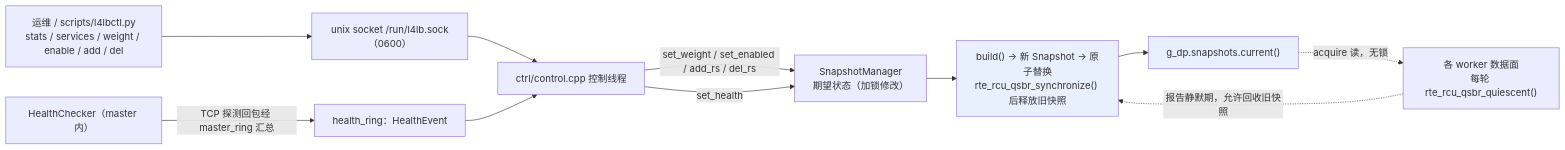
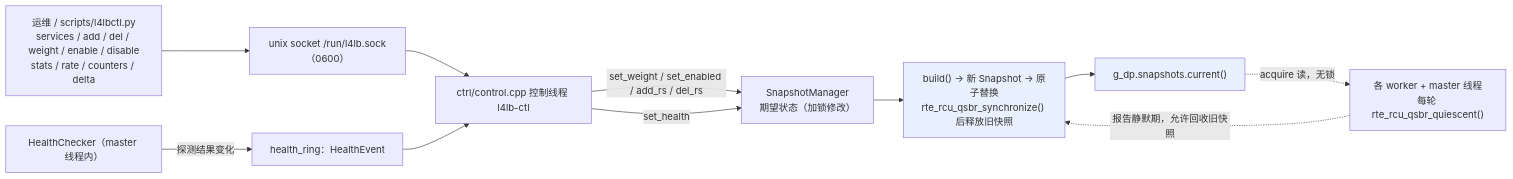
One commit to lymdgit/l4-loadbalancer changed the fourth of 6 diagrams in docs/架构图.md. Above: the diagram before and after it, drawn with Mermaid. The commit also changed other lines of this file and 6 other files, not shown here.

````diff
--- a/docs/架构图.md
+++ b/docs/架构图.md
@@ -185,25 +213,25 @@
 ```mermaid
 graph LR
-    USER["运维 / scripts/l4lbctl.py<br/>stats / services / weight / enable / add / del"]
+    USER["运维 / scripts/l4lbctl.py<br/>services / add / del / weight / enable / disable<br/>stats / rate / counters / delta"]
     SOCK["unix socket /run/l4lb.sock（0600）"]
-    CTLT["ctrl/control.cpp 控制线程"]
+    CTLT["ctrl/control.cpp 控制线程 l4lb-ctl"]
     MGR["SnapshotManager<br/>期望状态（加锁修改）"]
     PUB["build() → 新 Snapshot → 原子替换<br/>rte_rcu_qsbr_synchronize() 后释放旧快照"]
     CUR["g_dp.snapshots.current()"]
-    WKS["各 worker 数据面<br/>每轮 rte_rcu_qsbr_quiescent()"]
+    WKS["各 worker + master 线程<br/>每轮 rte_rcu_qsbr_quiescent()"]
 
     USER --> SOCK --> CTLT
     CTLT -->|"set_weight / set_enabled / add_rs / del_rs"| MGR
     MGR --> PUB --> CUR
     CUR -.->|"acquire 读，无锁"| WKS
     WKS -.->|报告静默期，允许回收旧快照| PUB
 
-    HCT["HealthChecker（master 内）"]
+    HCT["HealthChecker（master 线程内）"]
     HR["health_ring：HealthEvent"]
-    HCT -->|"TCP 探测回包经 master_ring 汇总"| HR
+    HCT -->|"探测结果变化"| HR
     HR --> CTLT
     CTLT -->|set_health| MGR
 
     style PUB fill:#e8f0fe
     style CUR fill:#e8f0fe
 ```
````
